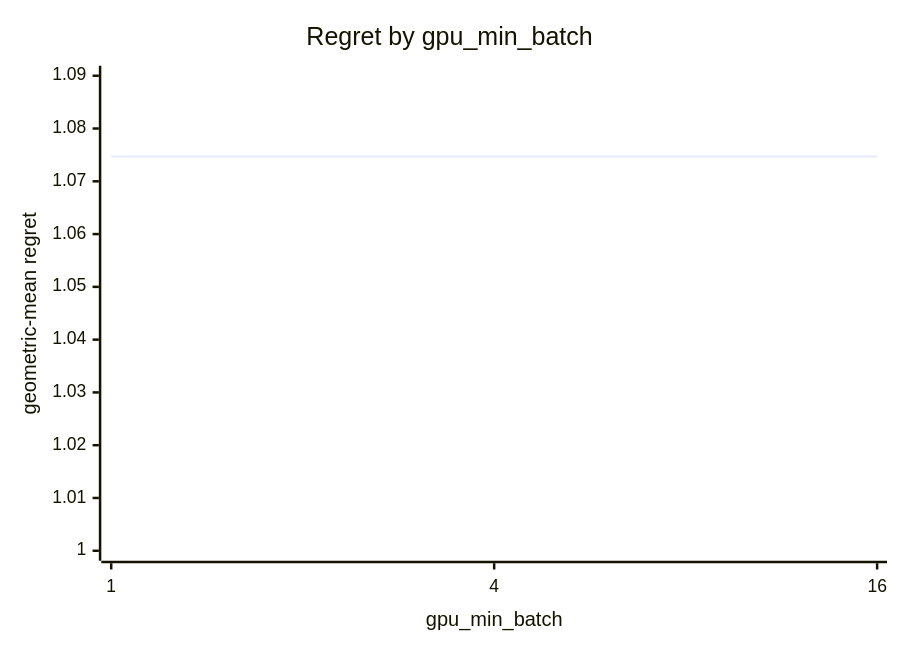
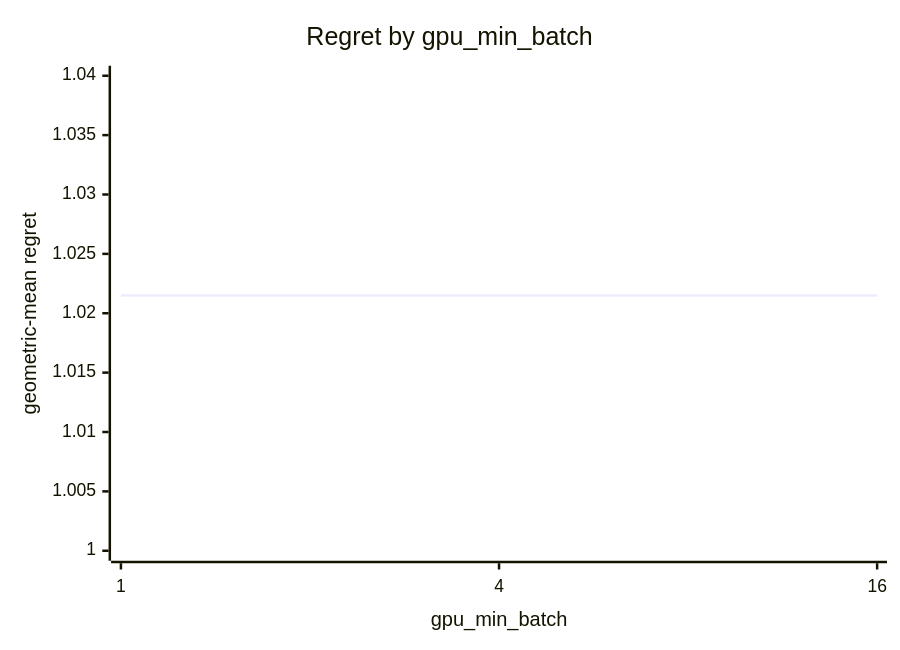
One commit to c0rmac/metal-linalg changed the eighth of 9 diagrams in docs/results/apple-m5-pro-20gpu/20261009-b60ec0/svd/report.md. Above: the diagram before and after it, drawn with Mermaid. The commit also changed other lines of this file and 35 other files, not shown here.

````diff
--- a/docs/results/apple-m5-pro-20gpu/20261009-b60ec0/svd/report.md
+++ b/docs/results/apple-m5-pro-20gpu/20261009-b60ec0/svd/report.md
@@ -273,7 +275,7 @@
 ```mermaid
 xychart-beta
     title "Regret by gpu_min_batch"
     x-axis "gpu_min_batch" [1, 4, 16]
-    y-axis "geometric-mean regret" 1.0 --> 1.09
-    line [1.0747, 1.0747, 1.0747]
+    y-axis "geometric-mean regret" 1.0 --> 1.04
+    line [1.0215, 1.0215, 1.0215]
 ```
````
